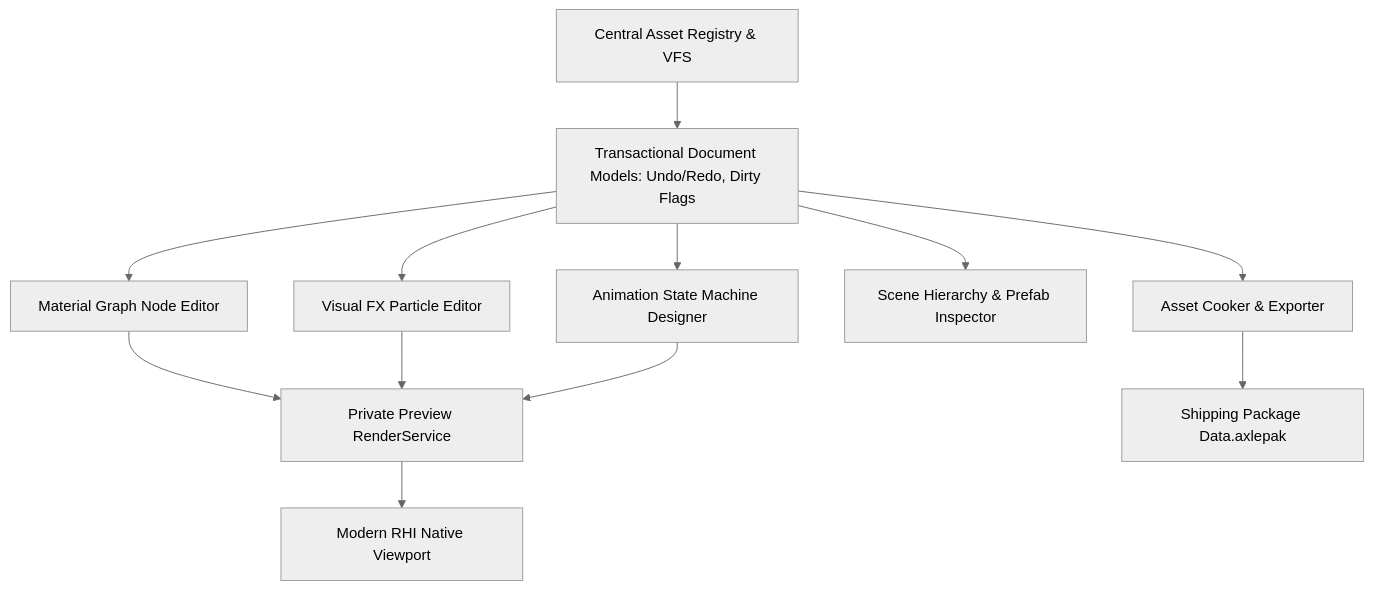
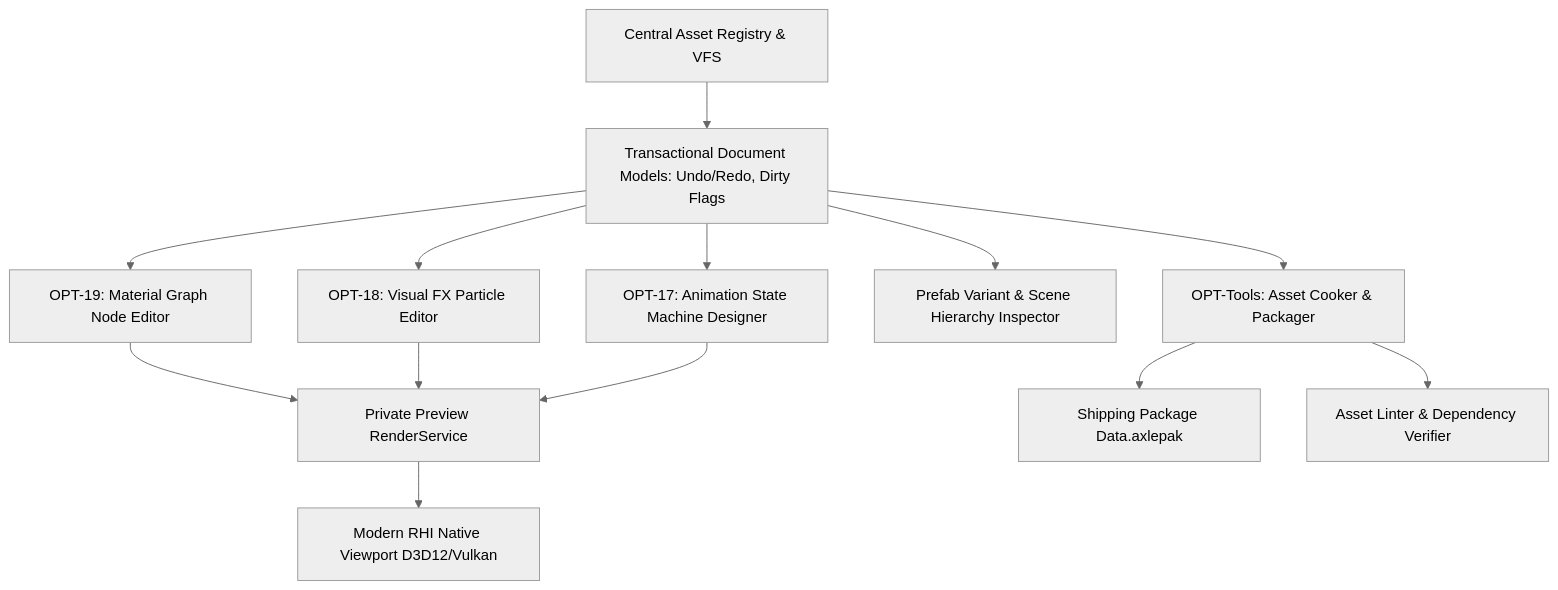
One commit to nguyenphong0210/AxleEngine changed the diagram in docs/phases/PHASE_05_CONTENT_TOOLING/ARCHITECTURE.md. Above: the diagram before and after it, drawn with Mermaid (neutral theme). The commit also changed other lines of this file and 15 other files, not shown here.

Commit message:
docs(phases): document complete historical 41 phases, full OPT-00..OPT-10 foundation, and comprehensive pending roadmap

````diff
--- a/docs/phases/PHASE_05_CONTENT_TOOLING/ARCHITECTURE.md
+++ b/docs/phases/PHASE_05_CONTENT_TOOLING/ARCHITECTURE.md
@@ -13,18 +13,19 @@
 ```mermaid
 flowchart TD
     AssetRegistry[Central Asset Registry & VFS] --> DocModels[Transactional Document Models: Undo/Redo, Dirty Flags]
 
-    DocModels --> MatGraphUI[Material Graph Node Editor]
-    DocModels --> VFXStudioUI[Visual FX Particle Editor]
-    DocModels --> AnimStudioUI[Animation State Machine Designer]
-    DocModels --> SceneHierarchy[Scene Hierarchy & Prefab Inspector]
+    DocModels --> MatGraphUI[OPT-19: Material Graph Node Editor]
+    DocModels --> VFXStudioUI[OPT-18: Visual FX Particle Editor]
+    DocModels --> AnimStudioUI[OPT-17: Animation State Machine Designer]
+    DocModels --> SceneHierarchy[Prefab Variant & Scene Hierarchy Inspector]
 
     MatGraphUI --> PreviewService[Private Preview RenderService]
     VFXStudioUI --> PreviewService
     AnimStudioUI --> PreviewService
 
-    PreviewService --> RHI[Modern RHI Native Viewport]
+    PreviewService --> RHI[Modern RHI Native Viewport D3D12/Vulkan]
 
-    DocModels --> Cooker[Asset Cooker & Exporter]
+    DocModels --> Cooker[OPT-Tools: Asset Cooker & Packager]
     Cooker --> PakFile[Shipping Package Data.axlepak]
+    Cooker --> Linter[Asset Linter & Dependency Verifier]
 ```
````
